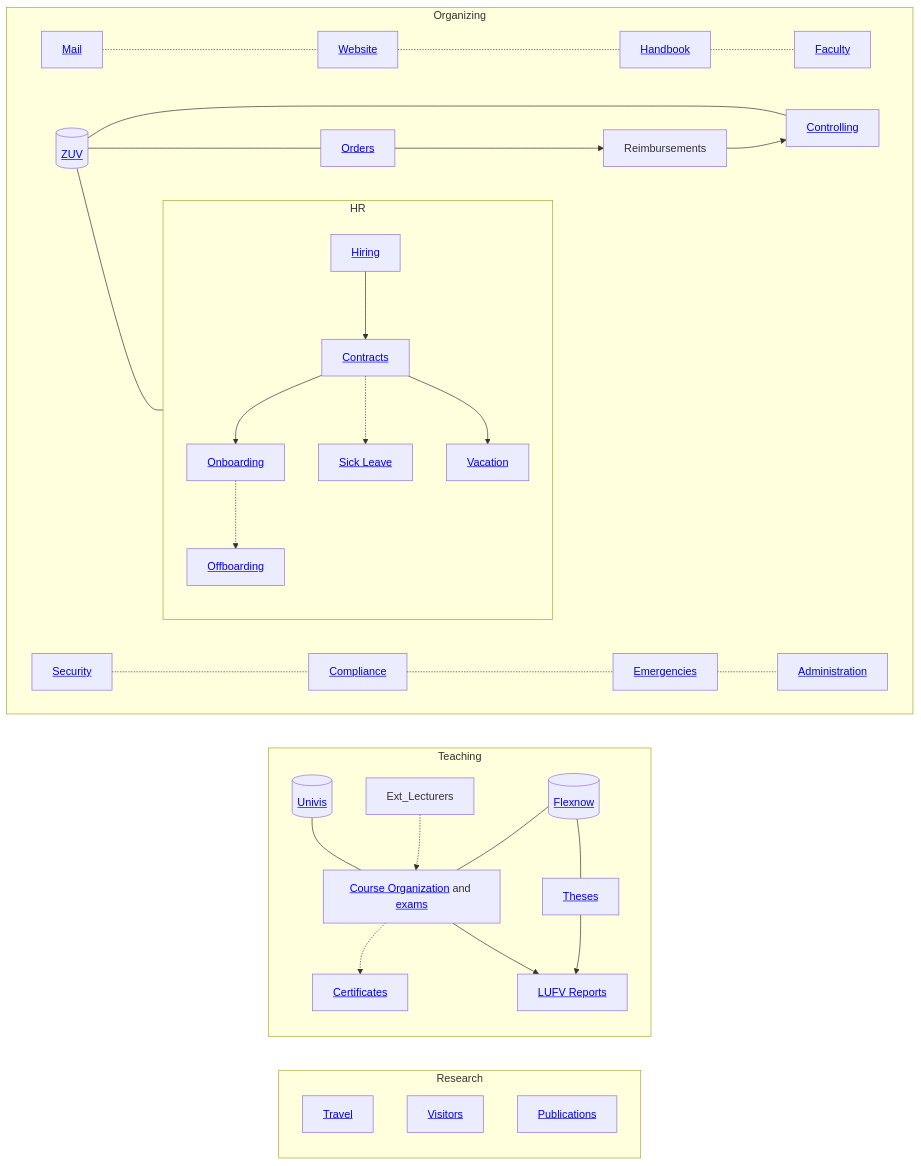
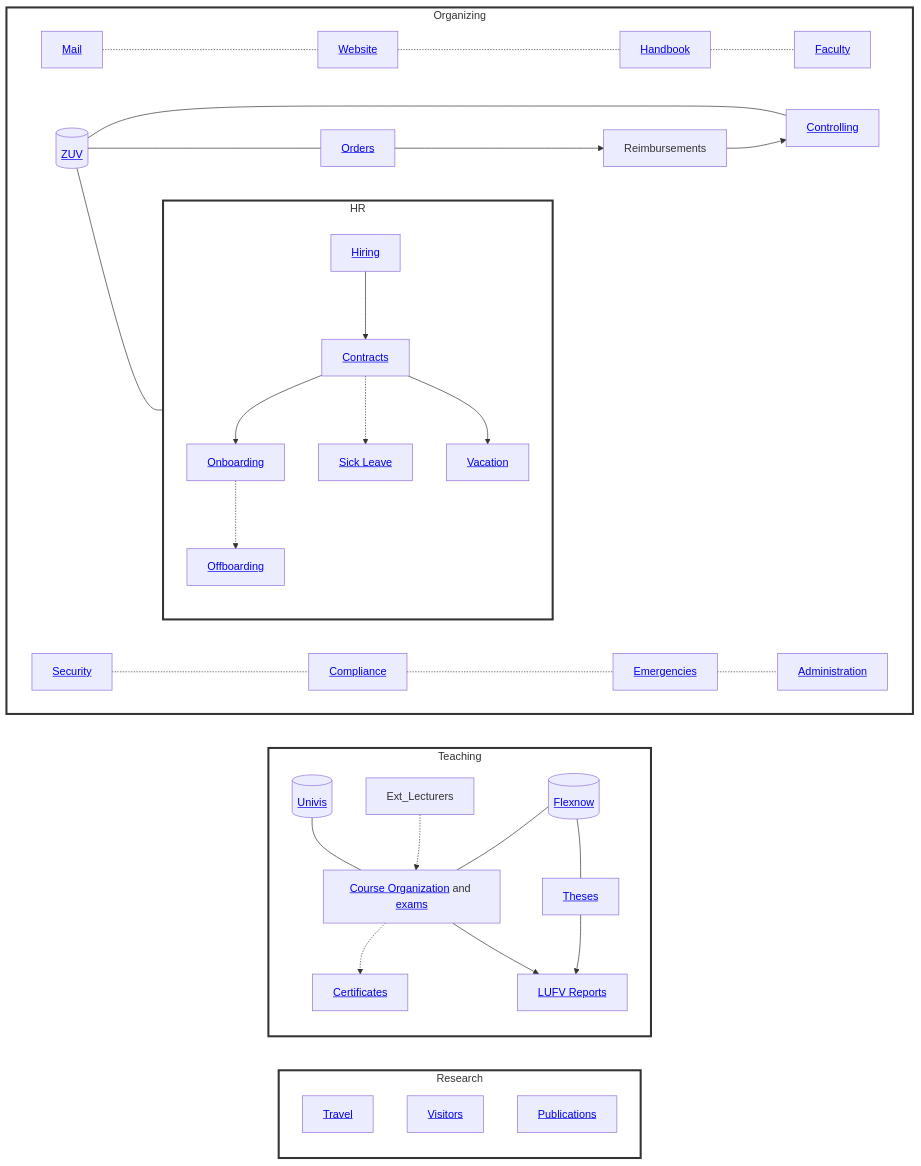
One commit to digital-work-lab/handbook changed the diagram in docs/10-lab/index.md. Above: the diagram before and after it, drawn with Mermaid. The commit also changed 1 other file, not shown here.

Commit message:
update style

````diff
--- a/docs/10-lab/index.md
+++ b/docs/10-lab/index.md
@@ -11,46 +11,51 @@
 ```mermaid
 flowchart  LR
 
     subgraph Research
         Travel["<a href='10_processes/10.50.travel.html'>Travel</a>"]
         Visitors["<a href='10_processes/10.53.visitors.html'>Visitors</a>"]
         Publications["<a href='../20-research/20_processes/20.33.publication.html'>Publications</a>"]
     end
 
     subgraph Teaching
         direction TB
         Univis[("<a href='../30-teaching/30_processes/30.16.univis.html'>Univis</a>")]
         Flexnow[("<a href='../30-teaching/30_processes/30.15.flexnow.html'>Flexnow</a>")]
         Ext_Lecturers -.-> Course_Orga["<a href='../30-teaching/30_processes/30.02.courses.html'>Course Organization</a> and <a href='../30-teaching/30_processes/30.59.exams.html'>exams</a>"]
         Course_Orga -.-> Certificates["<a href='../30-teaching/30_processes/30.51.certificates.html'>Certificates</a>"]
         Flexnow --- Course_Orga
         Flexnow --- Theses
         Course_Orga --> LUFV["<a href='../30-teaching/30_processes/30.20.reports.html'>LUFV Reports</a>"]
         Theses["<a href='../30-teaching/30_processes/30.40.theses.html'>Theses</a>"] --> LUFV
         Univis --- Course_Orga
     end
 
     subgraph Organizing
         direction LR
 
         Mail["<a href='10_processes/10.51.mail.html'>Mail</a>"] -.- Website["<a href='10_processes/10.11.website.html'>Website</a>"] -.- Handbook["<a href='10_processes/10.10.handbook.html'>Handbook</a>"] -.- Faculty["<a href='10_processes/10.60.faculty.html'>Faculty</a>"]
         Orders["<a href='10_processes/10.52.orders.html'>Orders</a>"] --> Reimbursements
 
         
         subgraph HR
             direction TB
             Hiring["<a href='10_processes/10.30.hiring.html'>Hiring</a>"] --> Contracts["<a href='10_processes/10.31.contracts.html'>Contracts</a>"]
             Contracts --> Onboarding["<a href='10_processes/10.32.onboarding.html'>Onboarding</a>"]
             Contracts -.-> Sick_leave["<a href='10_processes/10.35.sick_leave.html'>Sick Leave</a>"]
             Contracts --> Vacation["<a href='10_processes/10.33.vacation.html'>Vacation</a>"]
             Onboarding -.-> Offboarding["<a href='10_processes/10.39.offboarding.html'>Offboarding</a>"]
         end
         ZUV[("<a href='10_processes/10.12.zuv.html'>ZUV</a>")]
         ZUV --- Controlling
         ZUV --- Orders
         ZUV --- Hiring
         Reimbursements --> Controlling["<a href='10_processes/10.70.controlling.html'>Controlling</a>"]
         Security["<a href='10_processes/10.72.security.html'>Security</a>"] -.- Compliance["<a href='10_processes/10.71.compliance.html'>Compliance</a>"] -.- Emergencies["<a href='10_processes/10.73.emergencies.html'>Emergencies</a>"] -.- Administration["<a href='10_processes/10.90.administration.html'>Administration</a>"]
     end
 
+    style Organizing fill:white,stroke:#333,stroke-width:3px
+    style Teaching fill:white,stroke:#333,stroke-width:3px
+    style Research fill:white,stroke:#333,stroke-width:3px
+    style HR fill:white,stroke:#333,stroke-width:3px
+
 ```
````
